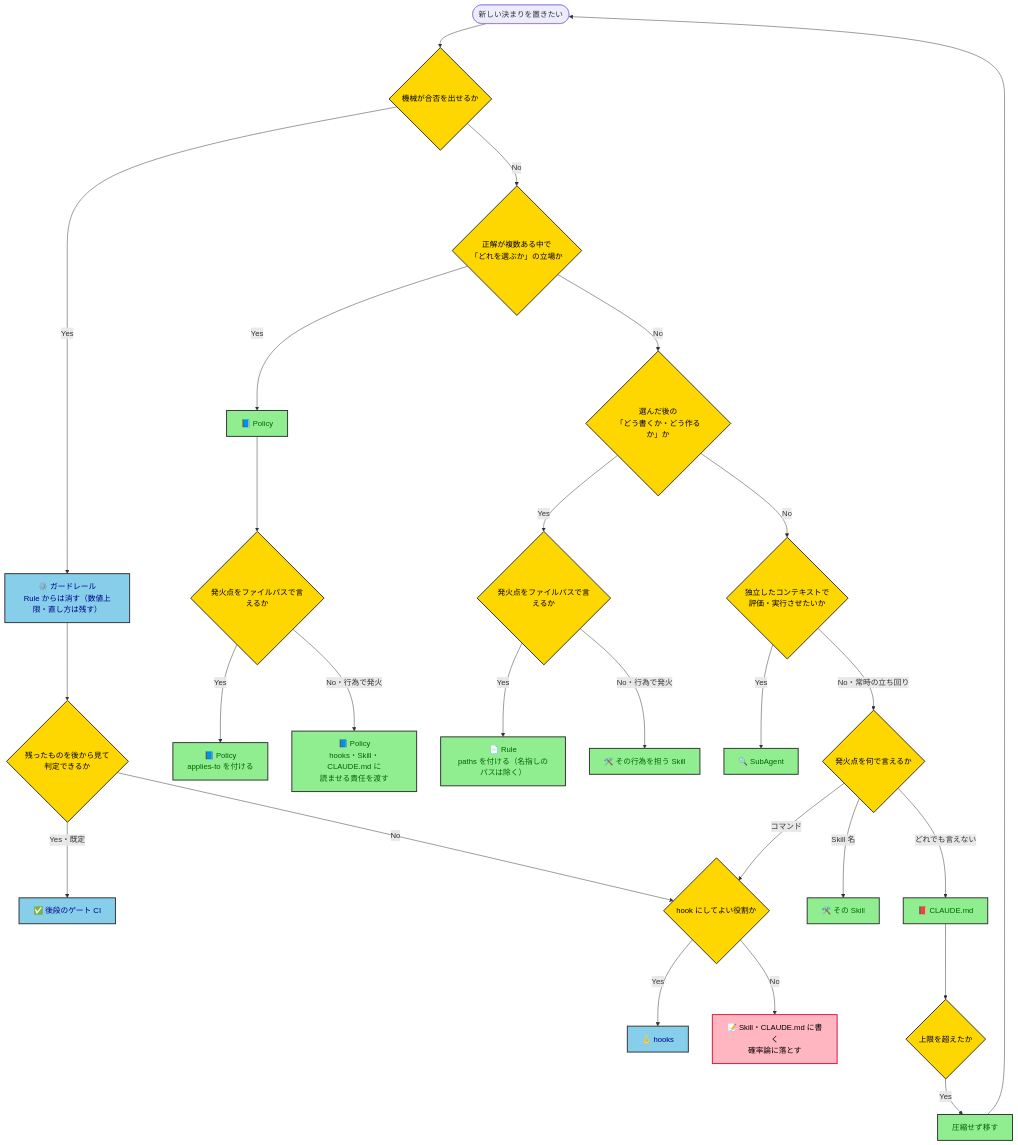
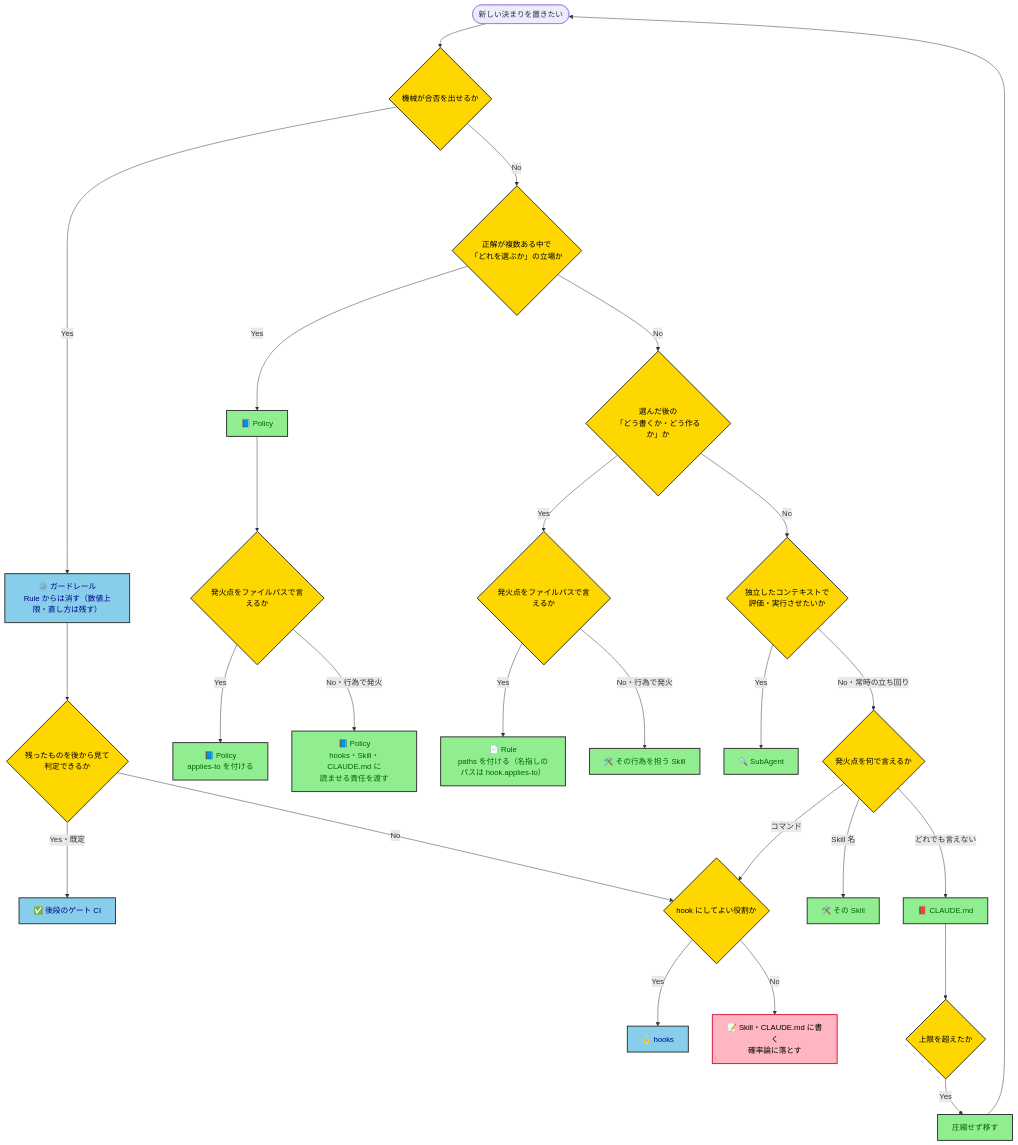
Before and after one commit to kasiopeiya/claude-dev-template: the diagram in docs/policy/policy-driven-development-policy.md, drawn with Mermaid. The commit also changed other lines of this file and 5 other files, not shown here.

First line of the commit message:
feat: Rule の frontmatter に hook.applies-to を追加し、名指しのパスへの編集時注入を可能にする (#564)

````diff
--- a/docs/policy/policy-driven-development-policy.md
+++ b/docs/policy/policy-driven-development-policy.md
@@ -70,45 +70,45 @@
 ```mermaid
 flowchart TD
     Start(["新しい決まりを置きたい"]) --> Q1{"機械が合否を出せるか"}
 
     Q1 -->|Yes| Guard["⚙️ ガードレール<br/>Rule からは消す（数値上限・直し方は残す）"]
     Q1 -->|No| Q2{"正解が複数ある中で<br/>「どれを選ぶか」の立場か"}
 
     Guard --> Q4{"残ったものを後から見て<br/>判定できるか"}
     Q4 -->|"Yes・既定"| CI["✅ 後段のゲート CI"]
     Q4 -->|No| Q5{"hook にしてよい役割か"}
     Q5 -->|Yes| Hook["🪝 hooks"]
     Q5 -->|No| Prose["📝 Skill・CLAUDE.md に書く<br/>確率論に落とす"]
 
     Q2 -->|Yes| Policy["📘 Policy"]
     Q2 -->|No| Q3{"選んだ後の<br/>「どう書くか・どう作るか」か"}
 
     Policy --> Q6{"発火点をファイルパスで言えるか"}
     Q6 -->|Yes| Applies["📘 Policy<br/>applies-to を付ける"]
     Q6 -->|"No・行為で発火"| NoApplies["📘 Policy<br/>hooks・Skill・CLAUDE.md に<br/>読ませる責任を渡す"]
 
     Q3 -->|Yes| Q9{"発火点をファイルパスで言えるか"}
-    Q9 -->|Yes| Rule["📄 Rule<br/>paths を付ける（名指しのパスは除く）"]
+    Q9 -->|Yes| Rule["📄 Rule<br/>paths を付ける（名指しのパスは hook.applies-to）"]
     Q9 -->|"No・行為で発火"| SkillHow["🛠️ その行為を担う Skill"]
     Q3 -->|No| Q10{"独立したコンテキストで<br/>評価・実行させたいか"}
 
     Q10 -->|Yes| SubAgent["🔍 SubAgent"]
     Q10 -->|"No・常時の立ち回り"| Q7{"発火点を何で言えるか"}
 
     Q7 -->|コマンド| Q5
     Q7 -->|"Skill 名"| SkillPlace["🛠️ その Skill"]
     Q7 -->|"どれでも言えない"| Claude["📕 CLAUDE.md"]
     Claude --> Q8{"上限を超えたか"}
     Q8 -->|Yes| Move["圧縮せず移す"]
     Move --> Start
 
     classDef decision fill:#FFD700,stroke:#333,stroke-width:2px,color:black
     classDef place fill:#90EE90,stroke:#333,stroke-width:2px,color:darkgreen
     classDef machine fill:#87CEEB,stroke:#333,stroke-width:2px,color:darkblue
     classDef weak fill:#FFB6C1,stroke:#DC143C,stroke-width:2px,color:black
 
     class Q1,Q2,Q3,Q4,Q5,Q6,Q7,Q8,Q9,Q10 decision
     class Policy,Applies,NoApplies,Rule,SkillHow,SubAgent,SkillPlace,Claude,Move place
     class Guard,CI,Hook machine
     class Prose weak
 ```
````
